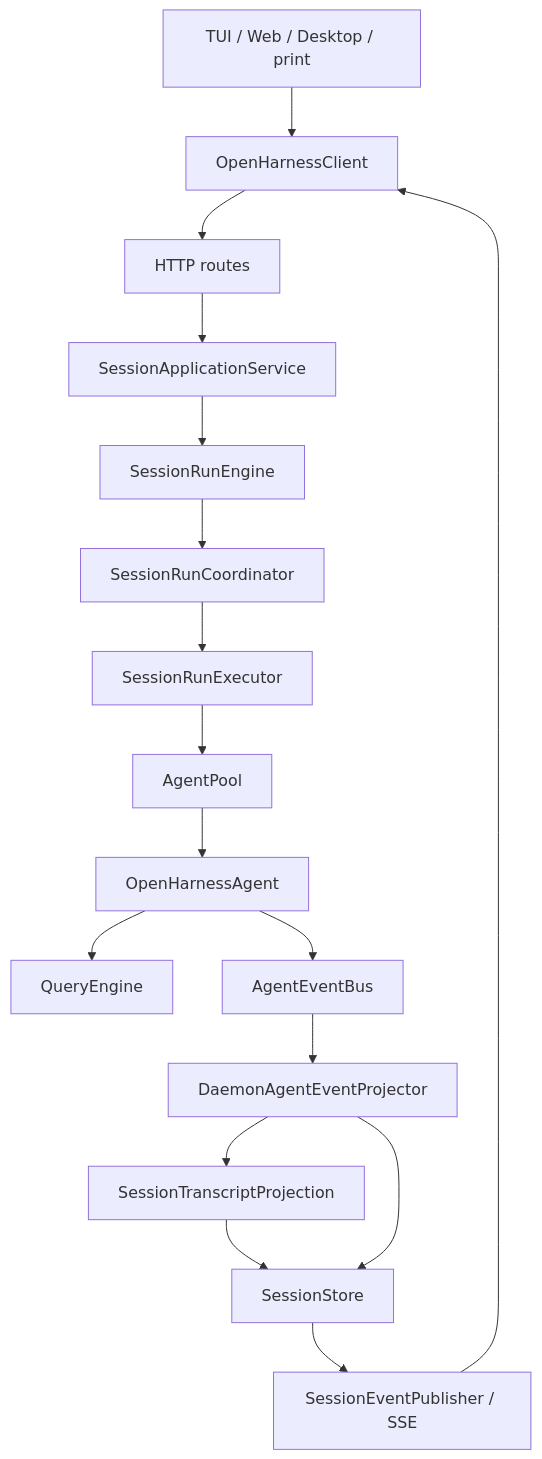
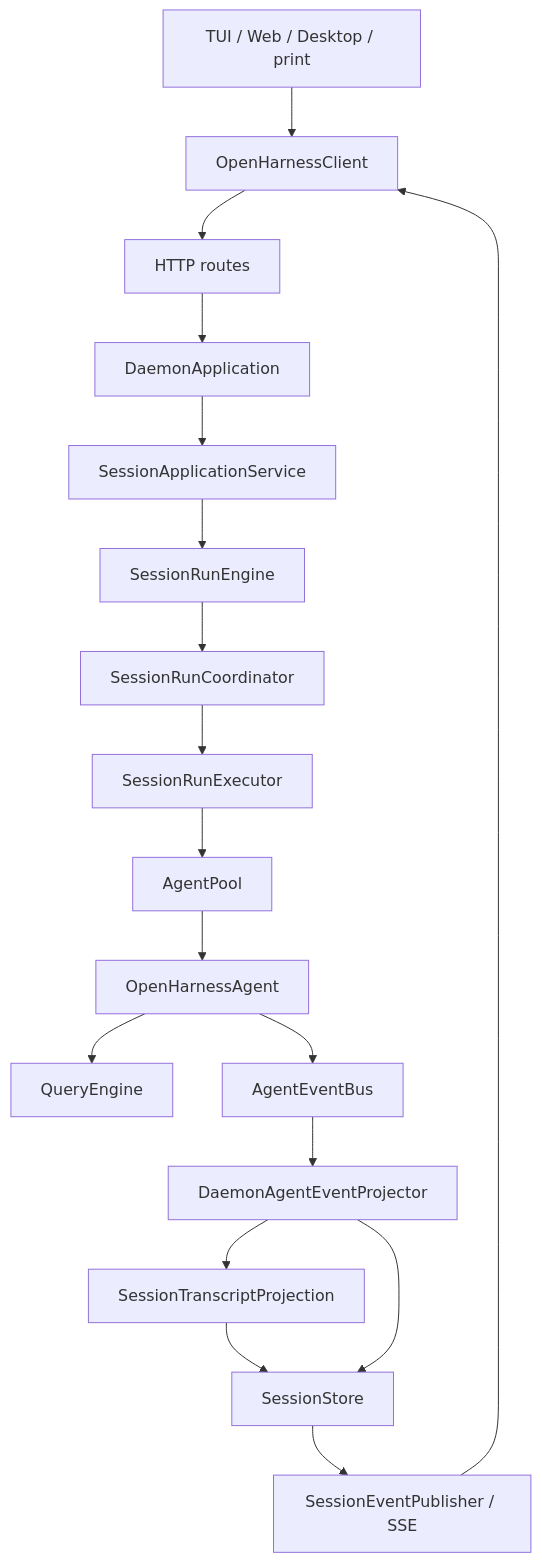
Before and after one commit to rzx007/openharness-ts: the first of 4 diagrams in docs/daemon-application-architecture.md, drawn with Mermaid. The commit also changed other lines of this file and 23 other files, not shown here.

Commit message:
docs: establish agent SDK architecture

````diff
--- a/docs/daemon-application-architecture.md
+++ b/docs/daemon-application-architecture.md
@@ -17,23 +17,24 @@
 ```mermaid
 flowchart TD
   Surface["TUI / Web / Desktop / print"]
   Client["OpenHarnessClient"]
   Routes["HTTP routes"]
+  Daemon["DaemonApplication"]
   App["SessionApplicationService"]
   Engine["SessionRunEngine"]
   Lane["SessionRunCoordinator"]
   Executor["SessionRunExecutor"]
   Pool["AgentPool"]
   Agent["OpenHarnessAgent"]
   QE["QueryEngine"]
   Events["AgentEventBus"]
   Projector["DaemonAgentEventProjector"]
   Transcript["SessionTranscriptProjection"]
   Store["SessionStore"]
   SSE["SessionEventPublisher / SSE"]
 
-  Surface --> Client --> Routes --> App --> Engine --> Lane --> Executor
+  Surface --> Client --> Routes --> Daemon --> App --> Engine --> Lane --> Executor
   Executor --> Pool --> Agent --> QE
   Agent --> Events --> Projector --> Transcript --> Store --> SSE --> Client
   Projector --> Store
 ```
````
